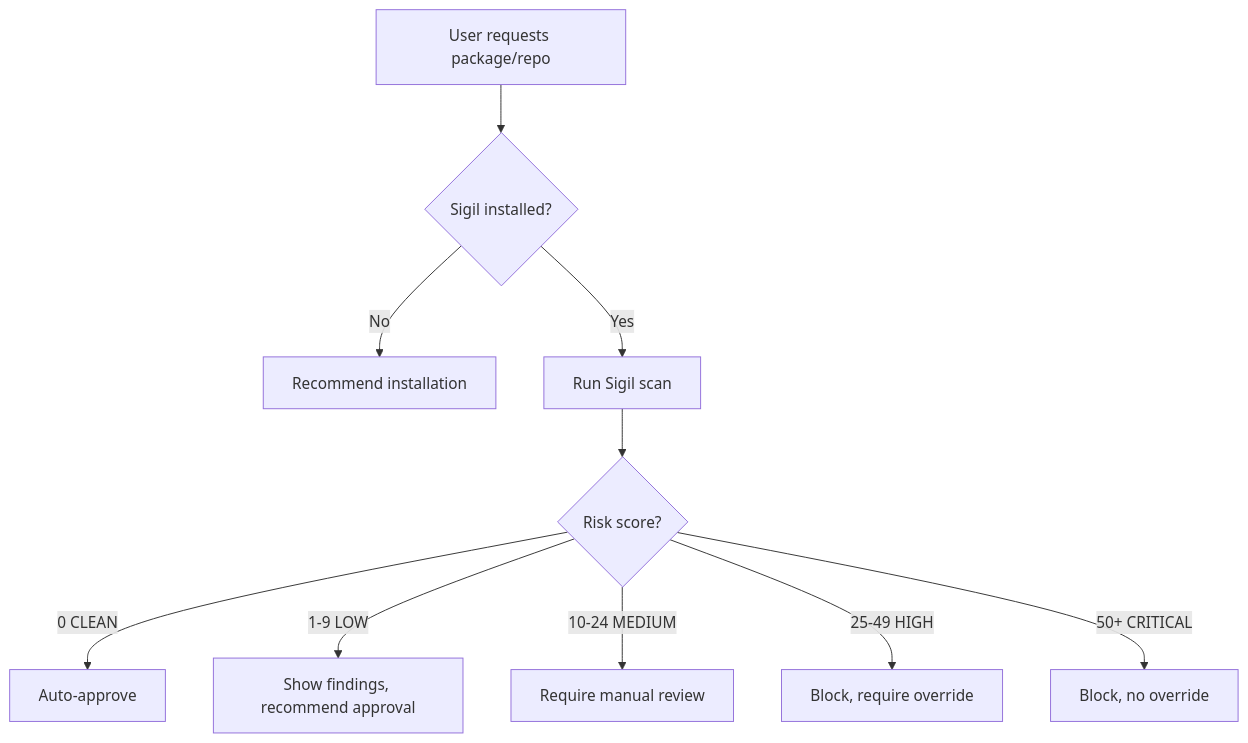
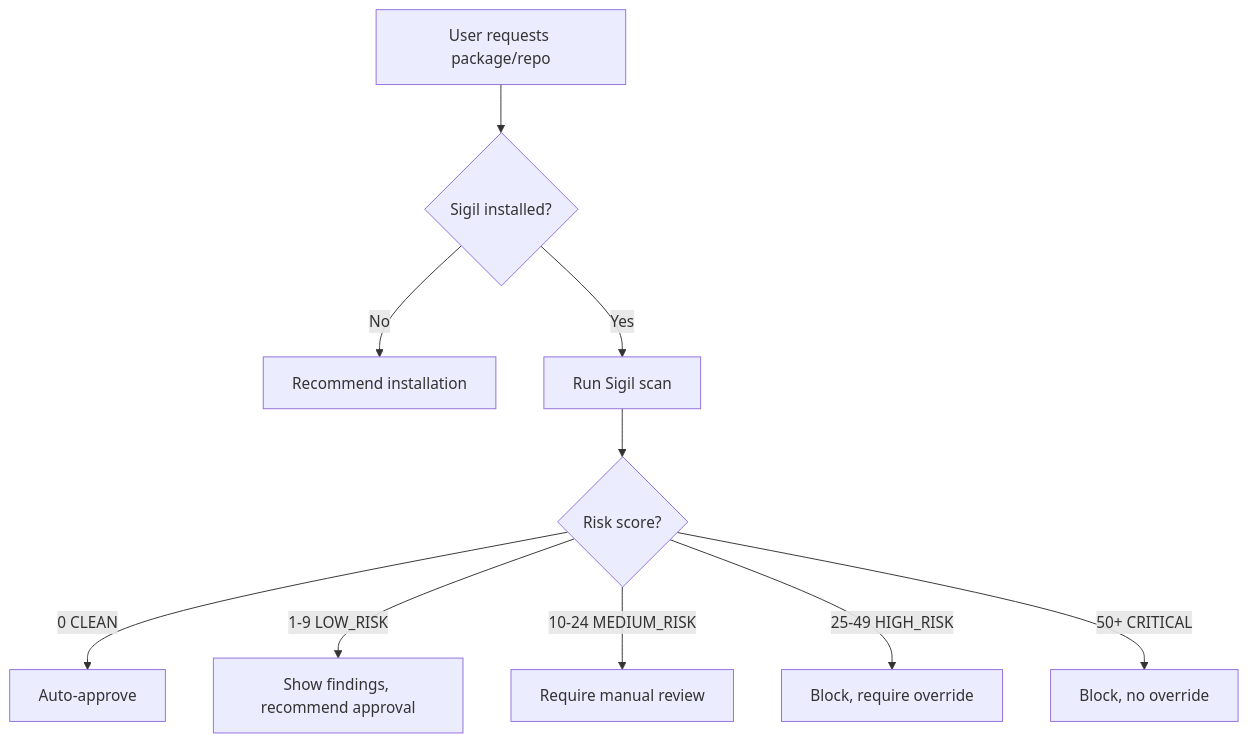
One commit to NOMARJ/sigil changed the diagram in docs/ai-agent-integration.md. Above: the diagram before and after it, drawn with Mermaid. The commit also changed 49 other files, not shown here.

````diff
--- a/docs/ai-agent-integration.md
+++ b/docs/ai-agent-integration.md
@@ -139,12 +139,12 @@
 ```mermaid
 graph TD
     A[User requests package/repo] --> B{Sigil installed?}
     B -->|No| C[Recommend installation]
     B -->|Yes| D[Run Sigil scan]
     D --> E{Risk score?}
     E -->|0 CLEAN| F[Auto-approve]
-    E -->|1-9 LOW| G[Show findings, recommend approval]
-    E -->|10-24 MEDIUM| H[Require manual review]
-    E -->|25-49 HIGH| I[Block, require override]
+    E -->|1-9 LOW_RISK| G[Show findings, recommend approval]
+    E -->|10-24 MEDIUM_RISK| H[Require manual review]
+    E -->|25-49 HIGH_RISK| I[Block, require override]
     E -->|50+ CRITICAL| J[Block, no override]
 ```
````
